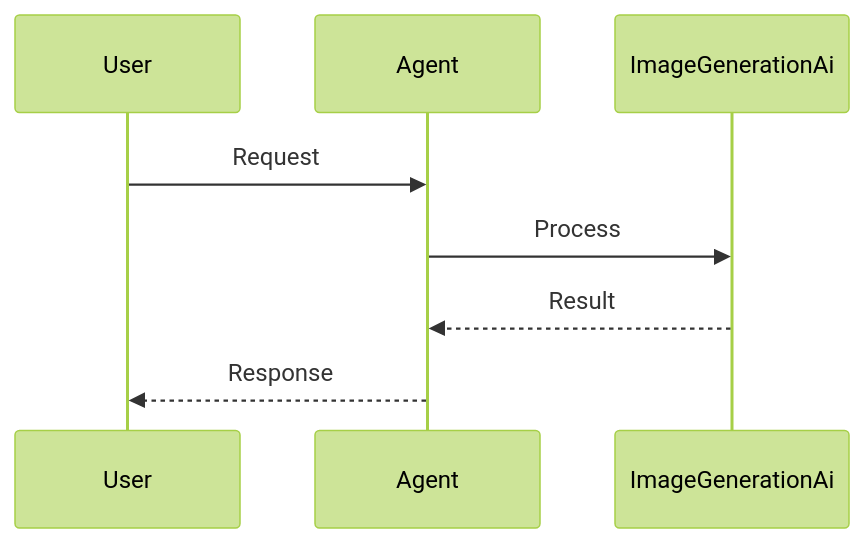
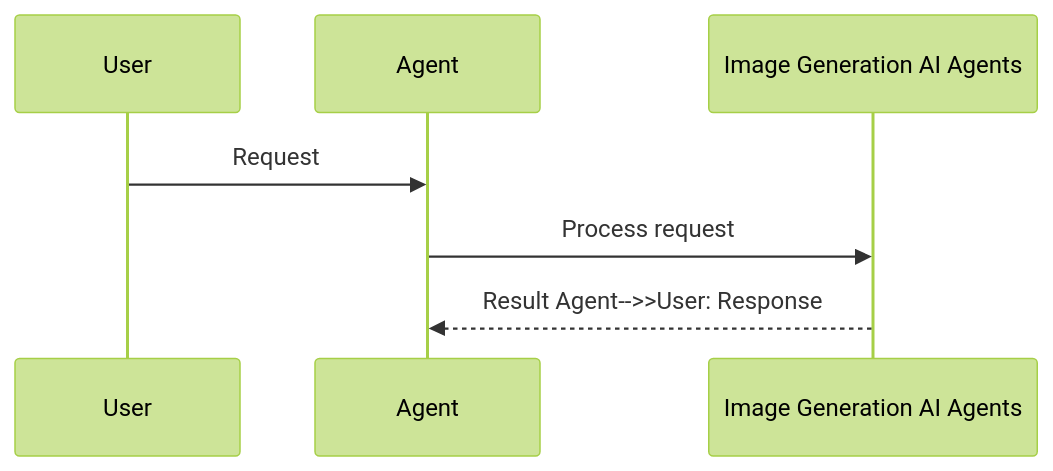
One commit to MervinPraison/PraisonAIDocs changed the second of 2 diagrams in docs/features/image-generation.mdx. Above: the diagram before and after it, drawn with Mermaid (forest theme). The commit also changed 204 other files, not shown here.

First line of the commit message:
docs: align feature/tool pages with AGENTS.md hero, sequence, and import standards (#1777)

````diff
--- a/docs/features/image-generation.mdx
+++ b/docs/features/image-generation.mdx
@@ -39,11 +39,10 @@
 ```mermaid
 sequenceDiagram
     participant User
     participant Agent
-    participant ImageGenerationAi
+    participant Feature as Image Generation AI Agents
 
     User->>Agent: Request
-    Agent->>ImageGenerationAi: Process
-    ImageGenerationAi-->>Agent: Result
-    Agent-->>User: Response
+    Agent->>Feature: Process request
+    Feature-->>Agent: Result    Agent-->>User: Response
 ```
````
